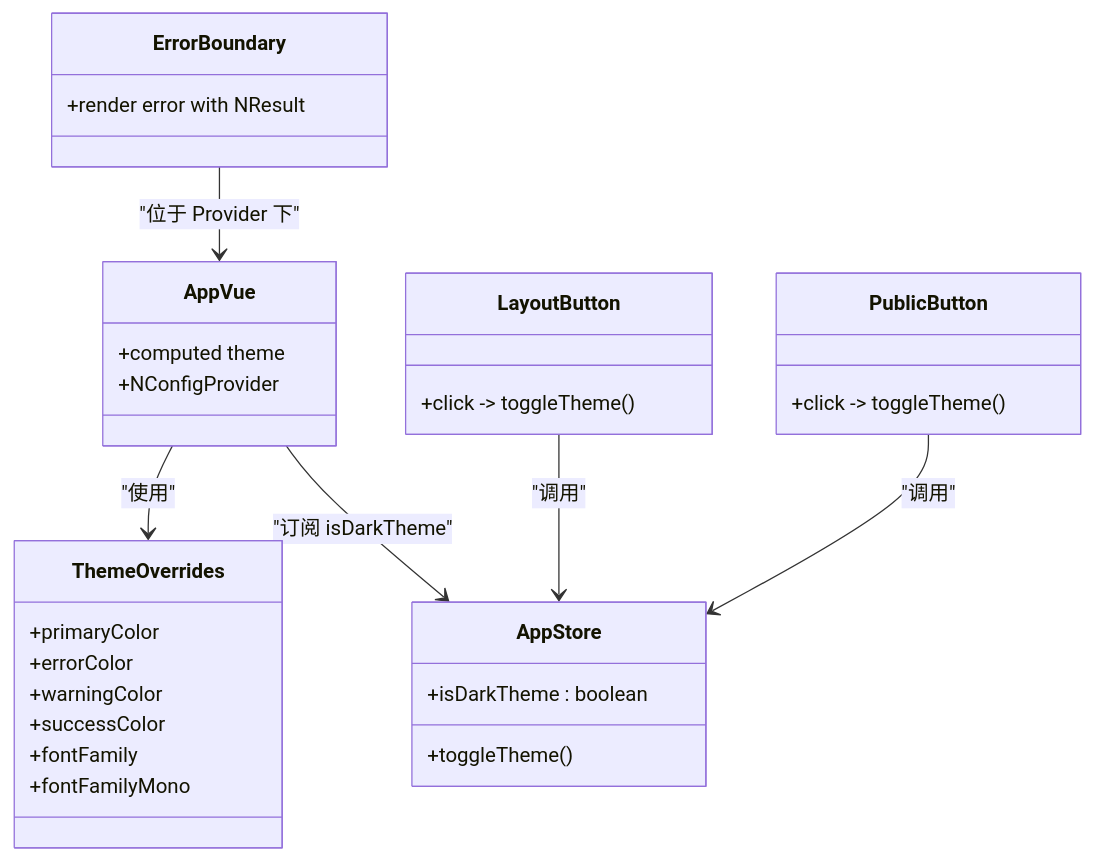
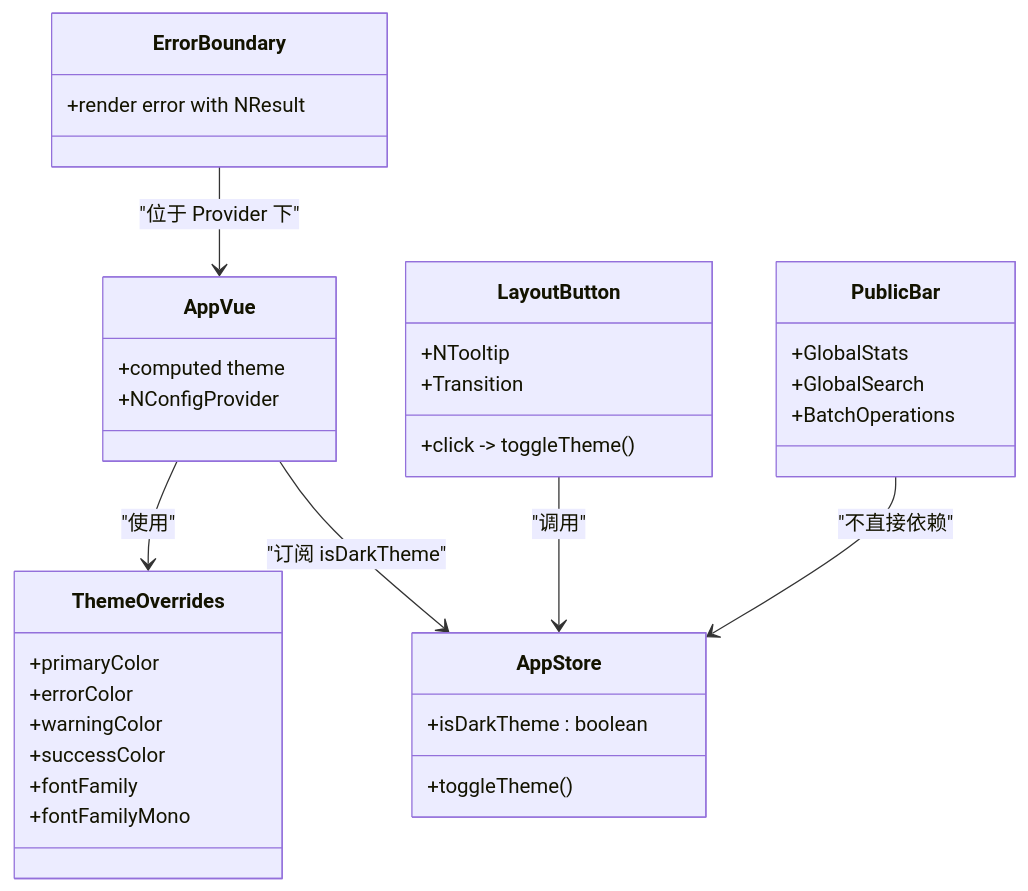
The third of 3 diagrams in .qoder/repowiki/zh/content/用户界面/主题定制.md (taoweidong/Hello-Tauri), drawn with Mermaid before and after one commit. The commit also changed other lines of this file and 14 other files, not shown here.

````diff
--- a/.qoder/repowiki/zh/content/用户界面/主题定制.md
+++ b/.qoder/repowiki/zh/content/用户界面/主题定制.md
@@ -190,33 +215,37 @@
 ```mermaid
 classDiagram
 class ThemeOverrides {
 +primaryColor
 +errorColor
 +warningColor
 +successColor
 +fontFamily
 +fontFamilyMono
 }
 class AppStore {
 +isDarkTheme : boolean
 +toggleTheme()
 }
 class AppVue {
 +computed theme
 +NConfigProvider
 }
 class LayoutButton {
 +click -> toggleTheme()
++NTooltip
++Transition
 }
-class PublicButton {
-+click -> toggleTheme()
+class PublicBar {
++GlobalStats
++GlobalSearch
++BatchOperations
 }
 class ErrorBoundary {
 +render error with NResult
 }
 AppVue --> ThemeOverrides : "使用"
 AppVue --> AppStore : "订阅 isDarkTheme"
 LayoutButton --> AppStore : "调用"
-PublicButton --> AppStore : "调用"
+PublicBar --> AppStore : "不直接依赖"
 ErrorBoundary --> AppVue : "位于 Provider 下"
 ```
````
